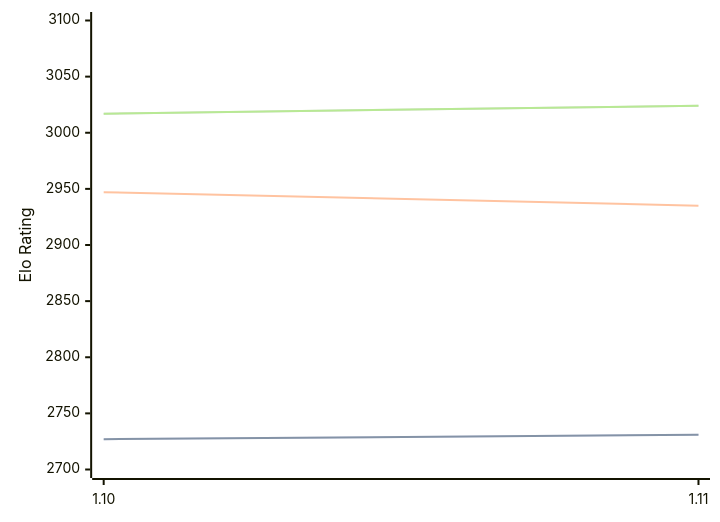
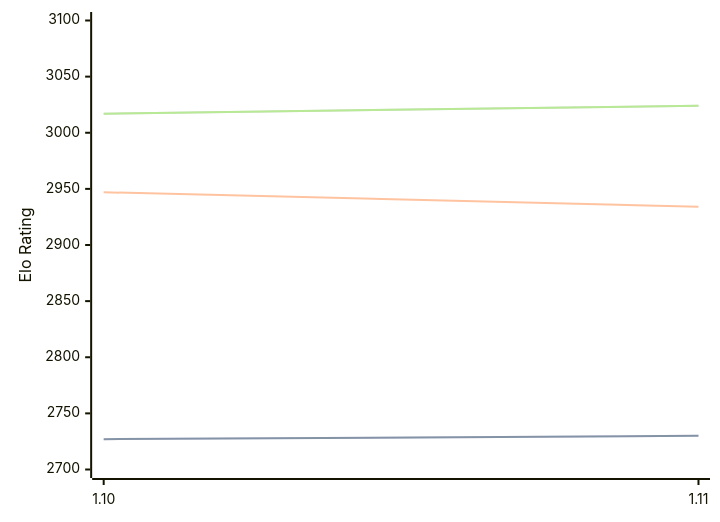
The diagram in engines/Roc.md (computer-chess-index/cci), drawn with Mermaid before and after one commit. The commit also changed other lines of this file, not shown here.

````diff
--- a/engines/Roc.md
+++ b/engines/Roc.md
@@ -54,11 +54,11 @@
 ```mermaid
 %%{init: {"theme":"base","themeVariables":{"seriesColors:['#a3a3a3','#222221','#faa371']}}}%%
 xychart-beta
   x-axis ["1.10", "1.11"]
   y-axis "Elo Rating" 2700 --> 3100
-  line "STC (8.0+0.08s)" [2727, 2731]
-  line "STC (8.0+0.08s)" [2727, 2731]
-  line "LTC (60.0+0.60s)" [2947, 2935]
+  line "STC (8.0+0.08s)" [2727, 2730]
+  line "STC (8.0+0.08s)" [2727, 2730]
+  line "LTC (60.0+0.60s)" [2947, 2934]
   line "VLTC (2m24s+1.12s)" [3017, 3024]
   line "VLTC (2m24s+1.12s)" [3017, 3024]
 ```
````
